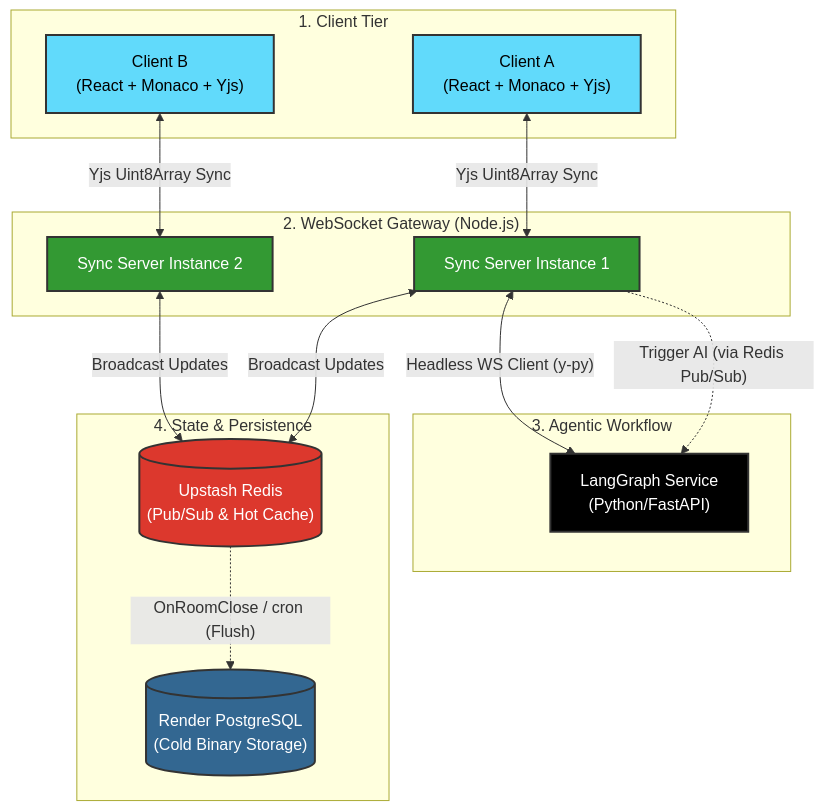
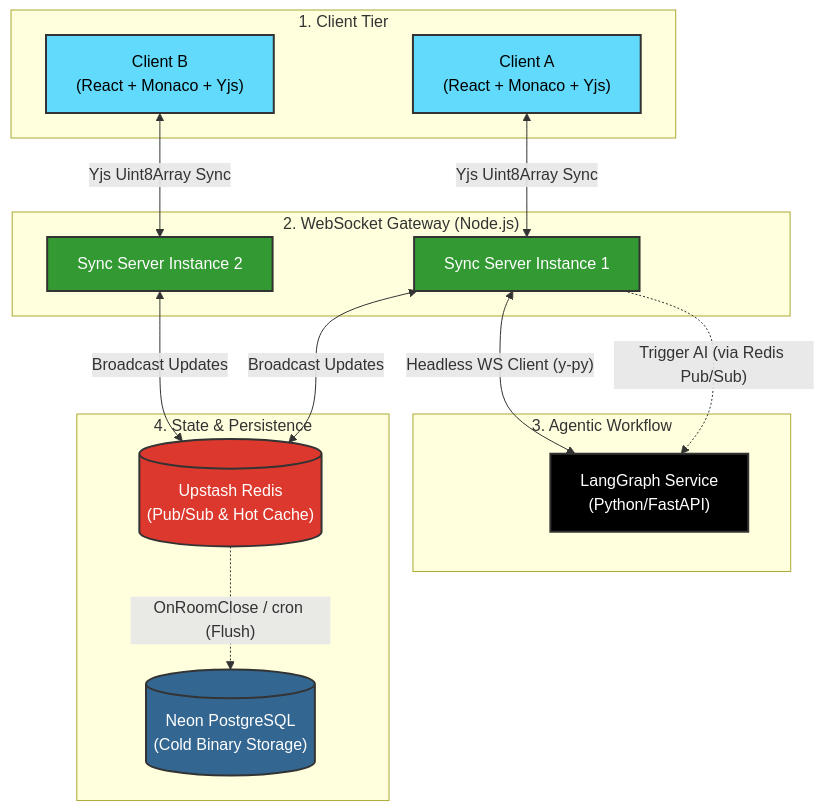
One commit to TechnoMeter/cola-code-real-time-code-editor changed the diagram in README.md. Above: the diagram before and after it, drawn with Mermaid. The commit also changed other lines of this file and 1 other file, not shown here.

Commit message:
fix: update PostgreSQL references to Neon and enhance server health check response

````diff
--- a/README.md
+++ b/README.md
@@ -67,38 +67,38 @@
 ```mermaid
 flowchart TD
     classDef frontend fill:#61dafb,stroke:#333,stroke-width:2px,color:#000;
     classDef backend fill:#339933,stroke:#333,stroke-width:2px,color:#fff;
     classDef ai fill:#000000,stroke:#333,stroke-width:2px,color:#fff;
     classDef db fill:#336791,stroke:#333,stroke-width:2px,color:#fff;
     classDef cache fill:#DC382D,stroke:#333,stroke-width:2px,color:#fff;
 
     subgraph Clients ["1. Client Tier"]
         ClientA["Client A<br/>(React + Monaco + Yjs)"]:::frontend
         ClientB["Client B<br/>(React + Monaco + Yjs)"]:::frontend
     end
 
     subgraph Gateway ["2. WebSocket Gateway (Node.js)"]
         WS1["Sync Server Instance 1"]:::backend
         WS2["Sync Server Instance 2"]:::backend
     end
     
     subgraph AITier ["3. Agentic Workflow"]
         LangGraph["LangGraph Service<br/>(Python/FastAPI)"]:::ai
     end
 
     subgraph State ["4. State & Persistence"]
         Redis[("Upstash Redis<br/>(Pub/Sub & Hot Cache)")]:::cache
-        PG[("Render PostgreSQL<br/>(Cold Binary Storage)")]:::db
+        PG[("Neon PostgreSQL<br/>(Cold Binary Storage)")]:::db
     end
 
     ClientA <-->|"Yjs Uint8Array Sync"| WS1
     ClientB <-->|"Yjs Uint8Array Sync"| WS2
     
     WS1 <-->|"Broadcast Updates"| Redis
     WS2 <-->|"Broadcast Updates"| Redis
     
     WS1 -.->|"Trigger AI (via Redis Pub/Sub)"| LangGraph
     LangGraph <-->|"Headless WS Client (y-py)"| WS1
     
     Redis -.->|"OnRoomClose / cron (Flush)"| PG
 ```
````
